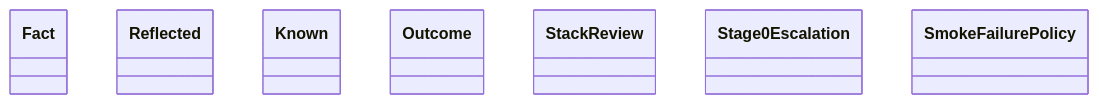
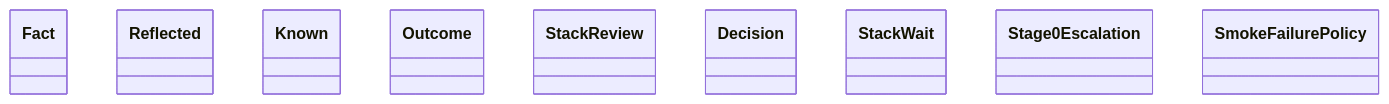
Before and after one commit to GonzaloZevallos/agentic-system: the diagram in docs/architecture/generated/classes-process-application-reflection.md, drawn with Mermaid. The commit also changed 17 other files, not shown here.

Commit message:
Move stacked_start to the reflection docs cluster so the pages stay within the cap

````diff
--- a/docs/architecture/generated/classes-process-application-reflection.md
+++ b/docs/architecture/generated/classes-process-application-reflection.md
@@ -20,10 +20,12 @@
 ```mermaid
 classDiagram
     class reflect__Fact["Fact"]
     class reflect__Reflected["Reflected"]
     class reflect_run__Known["Known"]
     class reflect_run__Outcome["Outcome"]
     class stack_review__StackReview["StackReview"]
+    class stacked_start__Decision["Decision"]
+    class stacked_start__StackWait["StackWait"]
     class stage0_escalation__Stage0Escalation["Stage0Escalation"]
     class stage0_failure__SmokeFailurePolicy["SmokeFailurePolicy"]
 ```
````
